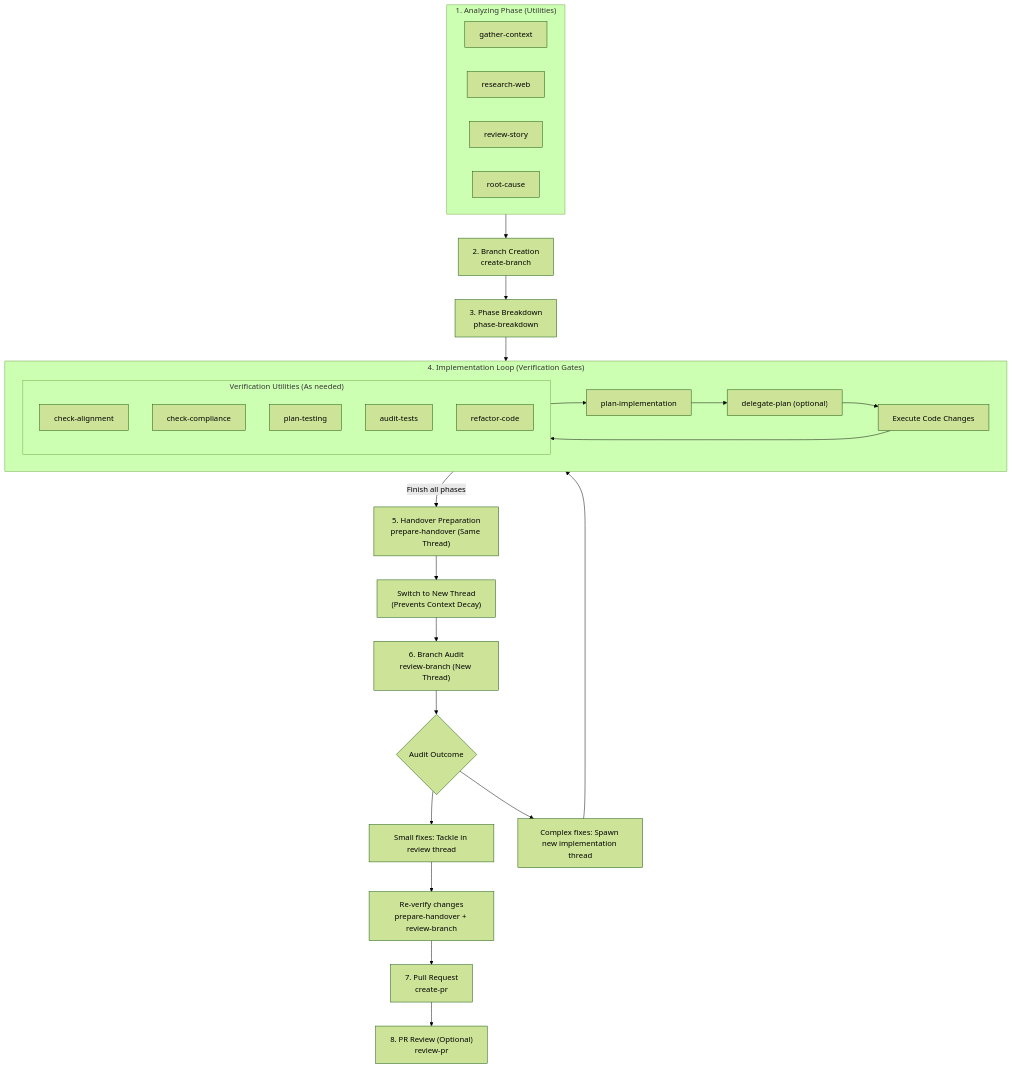
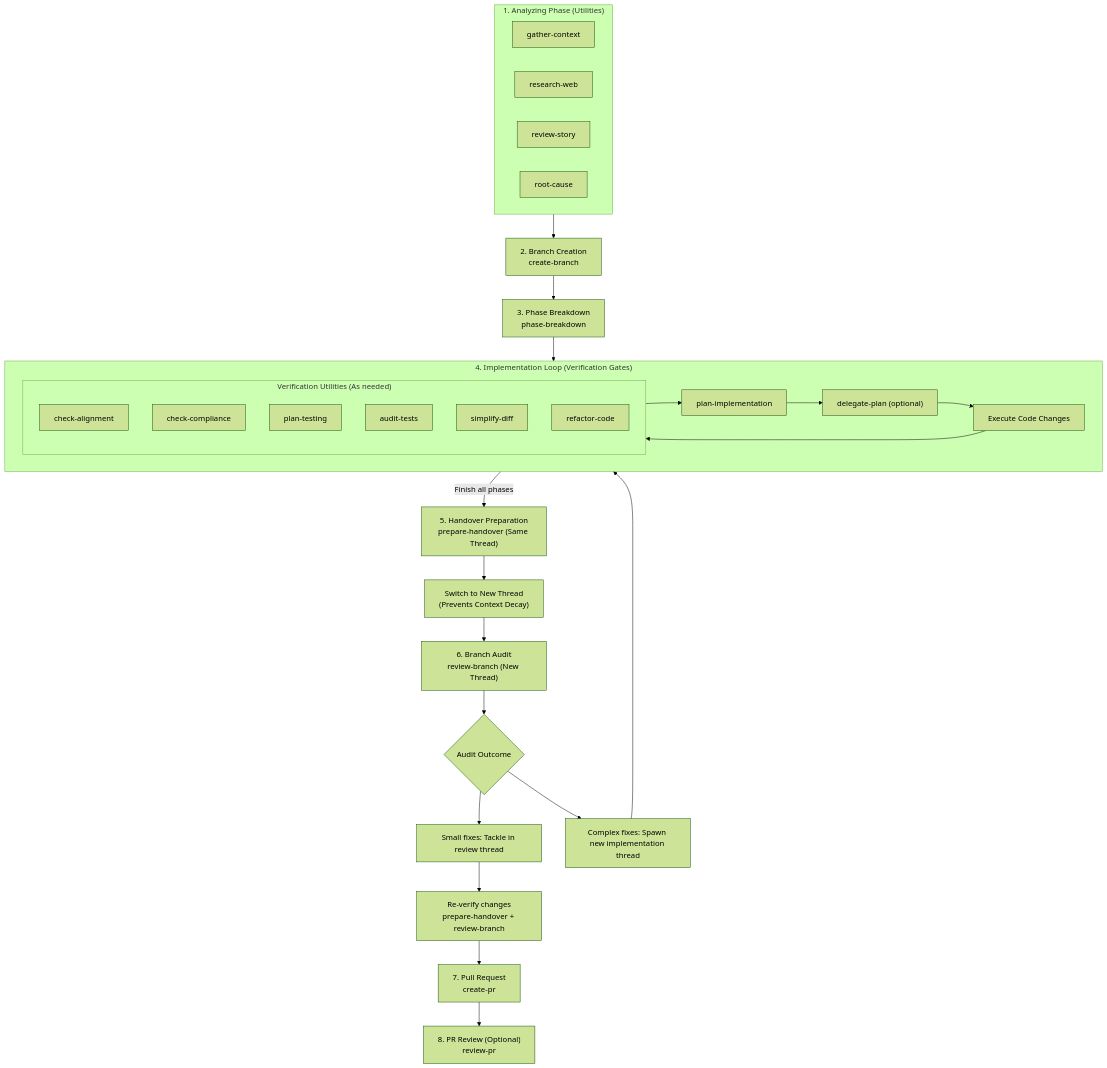
One commit to jrobertogarcia/agent-workflows changed the diagram in LIFECYCLE.md. Above: the diagram before and after it, drawn with Mermaid (forest theme). The commit also changed other lines of this file and 3 other files, not shown here.

Commit message:
feat(skills): add simplify-diff skill (#9)

````diff
--- a/LIFECYCLE.md
+++ b/LIFECYCLE.md
@@ -13,64 +13,65 @@
 ```mermaid
 graph TD
     %% Analyzing Phase
     subgraph Analyzing ["1. Analyzing Phase (Utilities)"]
         GC["gather-context"]
         RW["research-web"]
         RS["review-story"]
         RC["root-cause"]
     end
 
     %% Branch & Plan Phase
     CB["2. Branch Creation<br>create-branch"]
     PB["3. Phase Breakdown<br>phase-breakdown"]
     
     subgraph Loop ["4. Implementation Loop (Verification Gates)"]
         PI["plan-implementation"]
         DP["delegate-plan (optional)"]
         Code["Execute Code Changes"]
         
         %% Loop Utilities
         subgraph Utilities ["Verification Utilities (As needed)"]
             CA["check-alignment"]
             CC["check-compliance"]
             PT["plan-testing"]
             AT["audit-tests"]
+            SD["simplify-diff"]
             RF["refactor-code"]
         end
         
         PI --> DP
         DP --> Code
         Code --> Utilities
         Utilities --> PI
     end
 
     %% Handover & Review Phase
     PH["5. Handover Preparation<br>prepare-handover (Same Thread)"]
     Switch["Switch to New Thread<br>(Prevents Context Decay)"]
     RB["6. Branch Audit<br>review-branch (New Thread)"]
     
     %% Branch Review Fixes Decisions
     Decide{"Audit Outcome"}
     FixSame["Small fixes: Tackle in review thread"]
     FixNew["Complex fixes: Spawn new implementation thread"]
     Reverify["Re-verify changes<br>prepare-handover + review-branch"]
     
     %% PR Release Phase
     CPR["7. Pull Request<br>create-pr"]
     RPR["8. PR Review (Optional)<br>review-pr"]
 
     %% Flow connections
     Analyzing --> CB
     CB --> PB
     PB --> Loop
     Loop -->|Finish all phases| PH
     PH --> Switch
     Switch --> RB
     RB --> Decide
     Decide --> FixSame
     Decide --> FixNew
     FixSame --> Reverify
     FixNew --> Loop
     Reverify --> CPR
     CPR --> RPR
 ```
````
